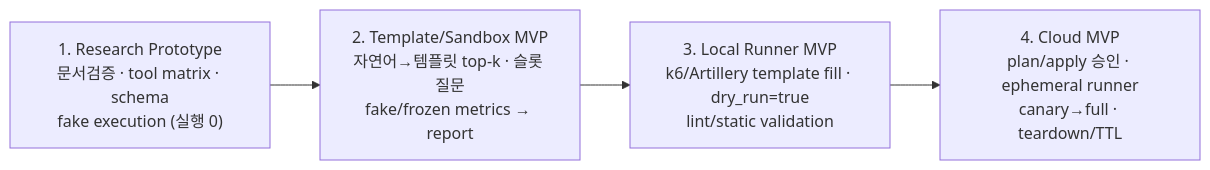
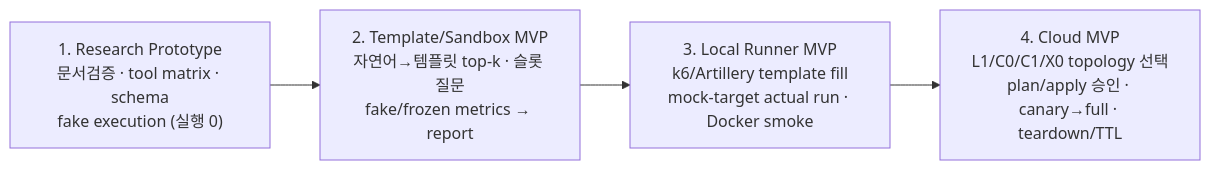
One commit to ttalkkag/ai-infra-test changed the seventh of 7 diagrams in docs/research/workflow.md. Above: the diagram before and after it, drawn with Mermaid. The commit also changed other lines of this file and 2 other files, not shown here.

````diff
--- a/docs/research/workflow.md
+++ b/docs/research/workflow.md
@@ -274,8 +276,8 @@
 ```mermaid
 flowchart LR
     P1["1. Research Prototype<br/>문서검증 · tool matrix · schema<br/>fake execution (실행 0)"]
     P2["2. Template/Sandbox MVP<br/>자연어→템플릿 top-k · 슬롯 질문<br/>fake/frozen metrics → report"]
-    P3["3. Local Runner MVP<br/>k6/Artillery template fill · dry_run=true<br/>lint/static validation"]
-    P4["4. Cloud MVP<br/>plan/apply 승인 · ephemeral runner<br/>canary→full · teardown/TTL"]
+    P3["3. Local Runner MVP<br/>k6/Artillery template fill<br/>mock-target actual run · Docker smoke"]
+    P4["4. Cloud MVP<br/>L1/C0/C1/X0 topology 선택<br/>plan/apply 승인 · canary→full · teardown/TTL"]
     P1 --> P2 --> P3 --> P4
 ```
````
